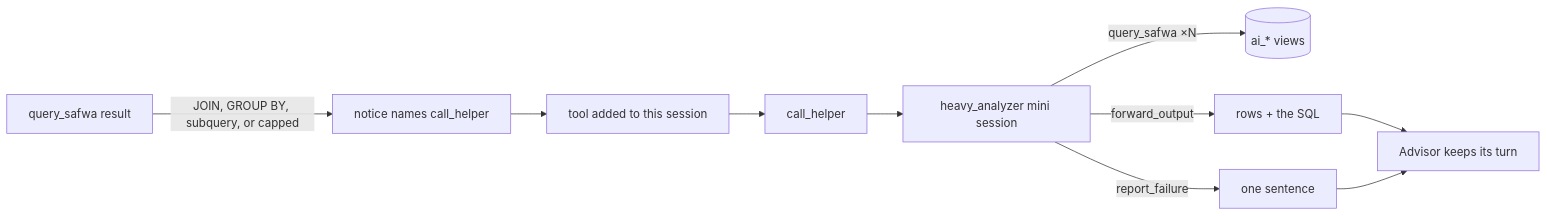
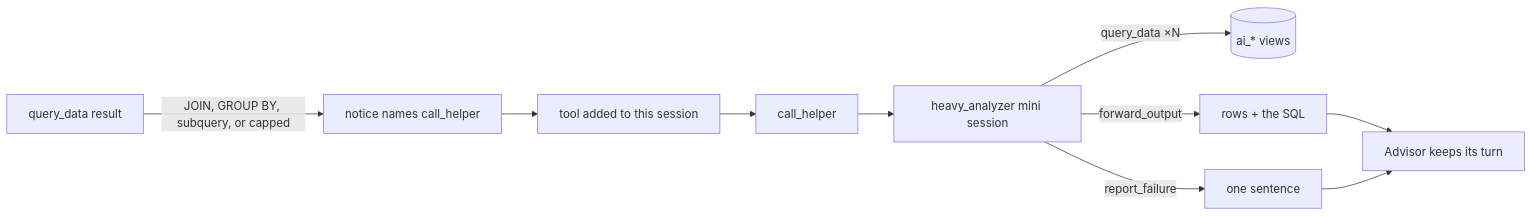
One commit to myvaheed/tg-ai-safwa changed the fourth of 10 diagrams in docs/AGENT_ARCH.md. Above: the diagram before and after it, drawn with Mermaid. The commit also changed other lines of this file and 55 other files, not shown here.

````diff
--- a/docs/AGENT_ARCH.md
+++ b/docs/AGENT_ARCH.md
@@ -191,12 +191,12 @@
 ```mermaid
 flowchart LR
-    Q[query_safwa result] -->|JOIN, GROUP BY, subquery, or capped| OFFER[notice names call_helper]
+    Q[query_data result] -->|JOIN, GROUP BY, subquery, or capped| OFFER[notice names call_helper]
     OFFER --> TOOLS[tool added to this session]
     TOOLS --> CALL[call_helper]
     CALL --> HA[heavy_analyzer mini session]
-    HA -->|query_safwa ×N| DB[(ai_* views)]
+    HA -->|query_data ×N| DB[(ai_* views)]
     HA -->|forward_output| ROWS[rows + the SQL]
     HA -->|report_failure| ERR[one sentence]
     ROWS --> A[Advisor keeps its turn]
     ERR --> A
 ```
````
